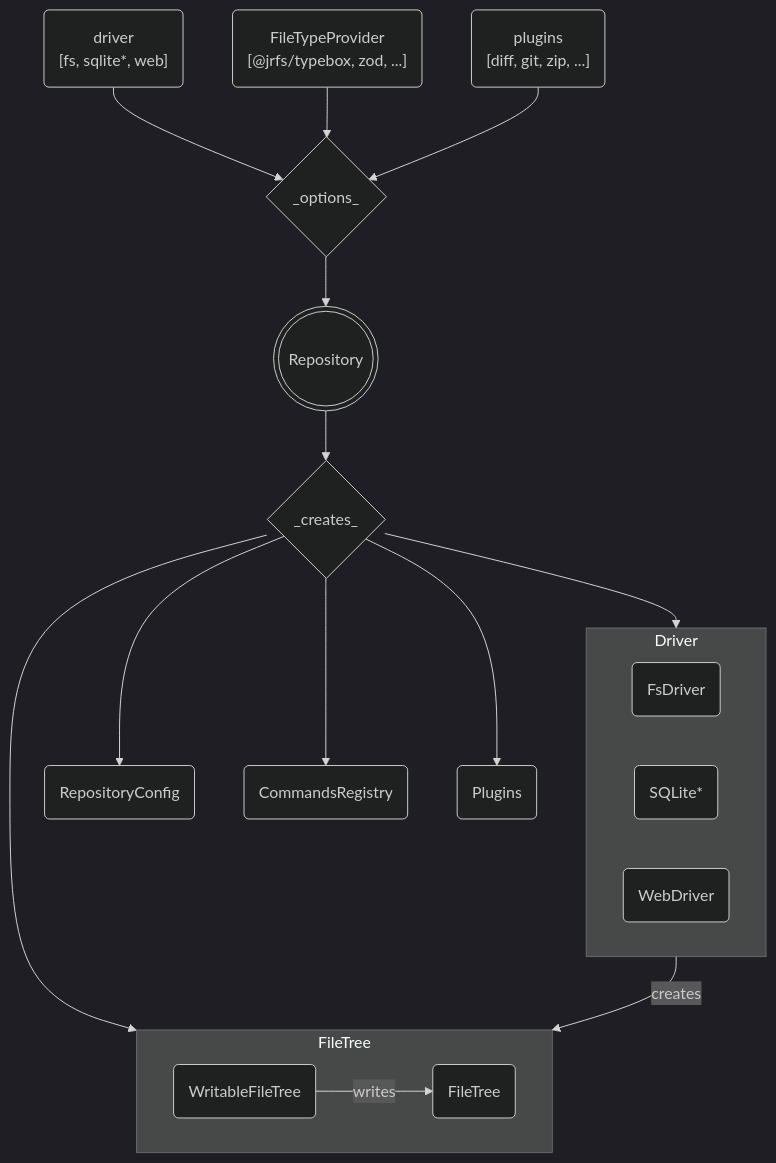
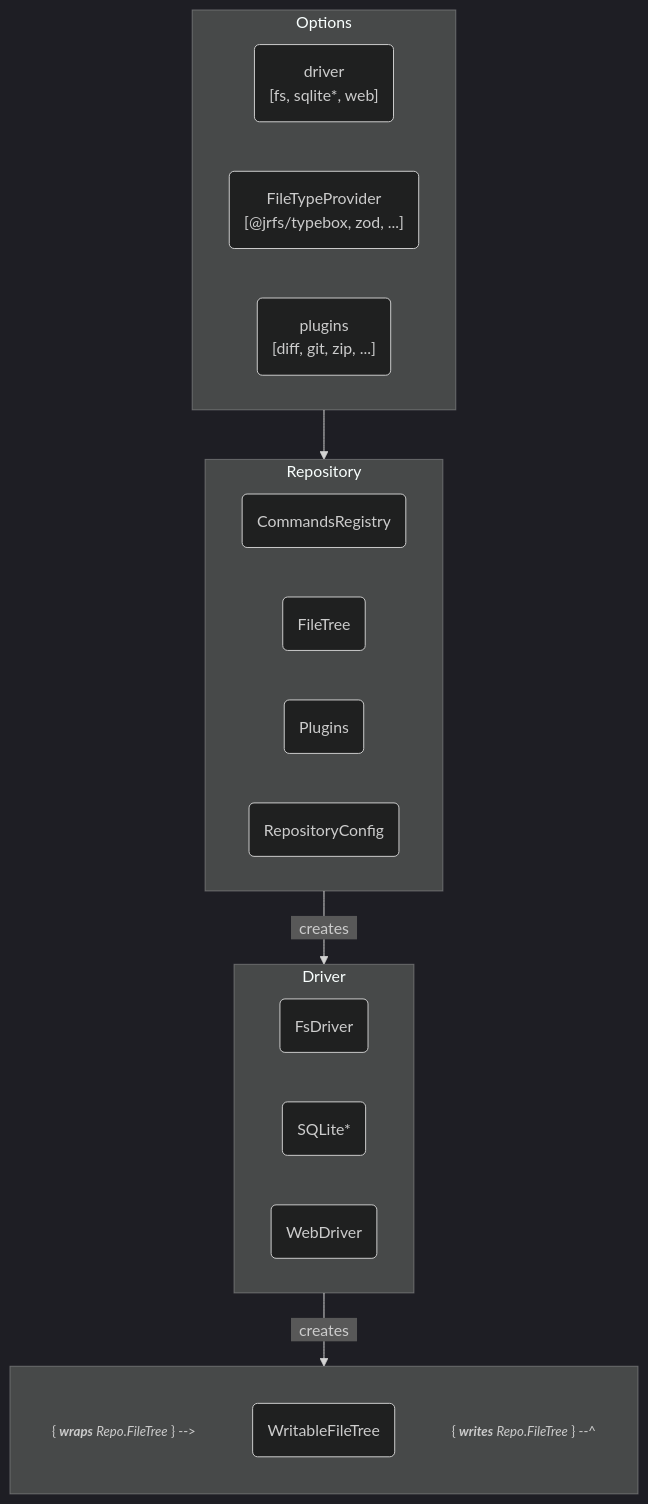
Before and after one commit to jrfso/jrfs: the diagram in README.md, drawn with Mermaid (dark theme).

````diff
--- a/README.md
+++ b/README.md
@@ -346,33 +346,31 @@
 ```mermaid
 flowchart TD;
-    subgraph DI ["Driver"]
-        direction LR;
-        FSD("FsDriver");
-        SQL("SQLite*");
-        WBD("WebDriver");
-    end
-    subgraph FTS ["FileTree"]
-        direction LR;
-        FT("FileTree");
-        WFT("WritableFileTree");
-        WFT -->|writes| FT;
-    end
+  subgraph Opt ["Options"]
     RO1("driver
         [fs, sqlite*, web]");
     RO2("FileTypeProvider
         [@jrfs/typebox, zod, ...]");
     RO3("plugins
         [diff, git, zip, ...]");
-    RO{"_options_"} --> R;
-    RO1 -->RO;
-    RO2 -->RO;
-    RO3 -->RO;
-    R((("Repository"))) --> RC{"_creates_"};
-    RC --> RCfg("RepositoryConfig");
-    RC --> CmdReg("CommandsRegistry");
-    RC --> DI;
-    RC --> FT;
-    RC --> PI("Plugins");
-    DI --> |creates| WFT;
-
+  end
+  subgraph Repo ["Repository"]
+    CmdReg("CommandsRegistry");
+    FT("FileTree");
+    PI("Plugins");
+    RCfg("RepositoryConfig");
+  end
+  subgraph DR ["Driver"]
+    FSD("FsDriver");
+    SQL("SQLite*");
+    WBD("WebDriver");
+  end
+  subgraph DRC [" "]
+    direction TB;
+    DRC1@{ shape: text, label: "<small>{ ***wraps*** *Repo.FileTree* } --></small>" }
+    WFT("WritableFileTree");
+    DRC2@{ shape: text, label: "<small>{ ***writes*** *Repo.FileTree* } --^</small>" }
+  end
+  Opt --> Repo;
+  Repo --> |"&nbsp; creates &nbsp;"| DR;
+  DR --> |"&nbsp; creates &nbsp;"| DRC;
 ```
````
